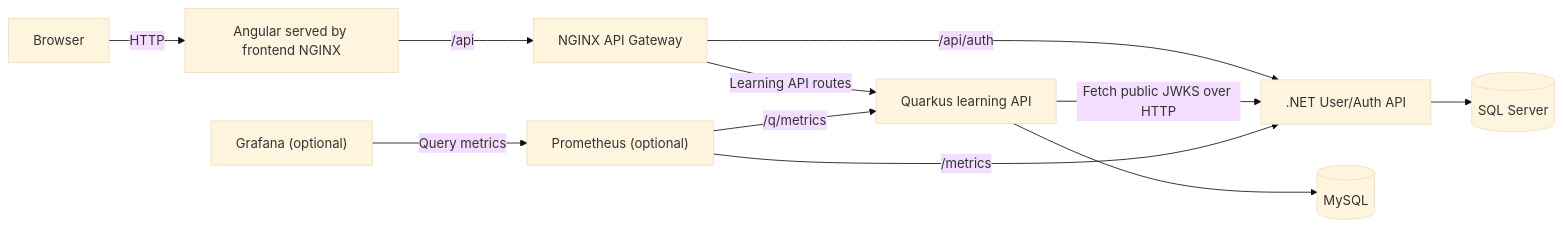
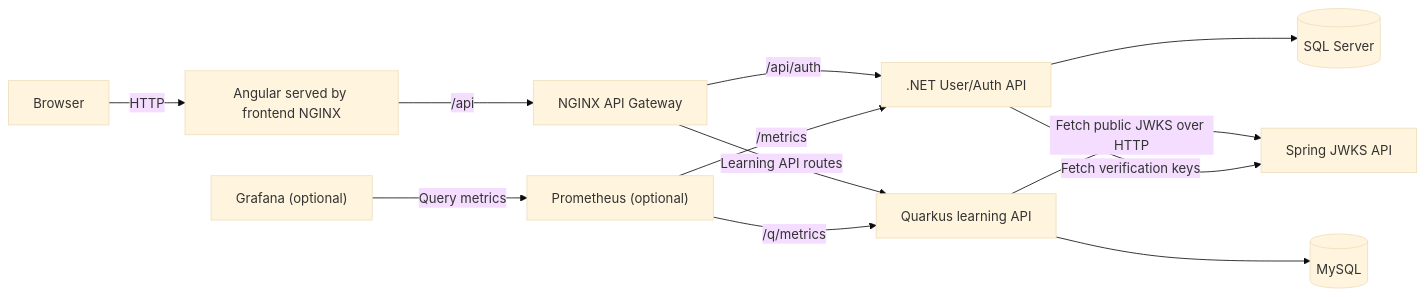
Before and after one commit to phat-dat-ag/japanese-learning: the diagram in README.md, drawn with Mermaid (base theme). The commit also changed other lines of this file and 11 other files, not shown here.

Commit message:
refactor: migrate JWT verification to independent JWKS service

````diff
--- a/README.md
+++ b/README.md
@@ -13,13 +13,14 @@
 ```mermaid
 flowchart LR
     Browser["Browser"] -->|HTTP| Frontend["Angular served by frontend NGINX"]
     Frontend -->|"/api"| Gateway["NGINX API Gateway"]
     Gateway -->|"/api/auth"| Auth[".NET User/Auth API"]
     Gateway -->|"Learning API routes"| Learning["Quarkus learning API"]
     Auth --> SQL[("SQL Server")]
     Learning --> MySQL[("MySQL")]
-    Learning -->|"Fetch public JWKS over HTTP"| Auth
+    Learning -->|"Fetch public JWKS over HTTP"| JWKS["Spring JWKS API"]
+    Auth -->|"Fetch verification keys"| JWKS
     Prometheus["Prometheus (optional)"] -->|"/metrics"| Auth
     Prometheus -->|"/q/metrics"| Learning
     Grafana["Grafana (optional)"] -->|"Query metrics"| Prometheus
 ```
````
